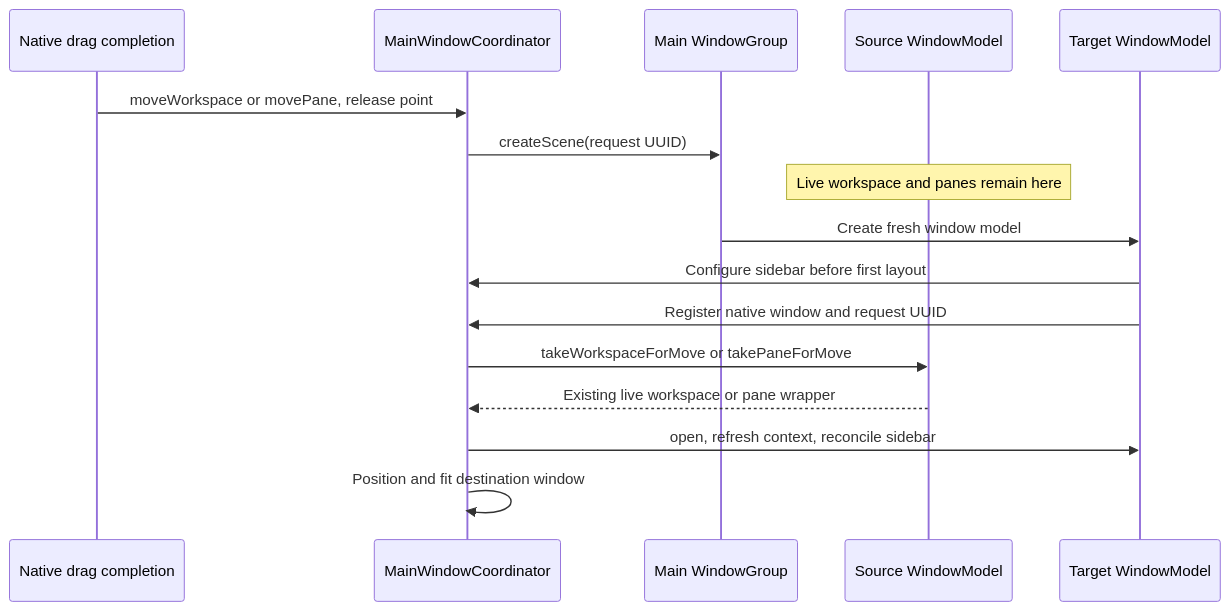
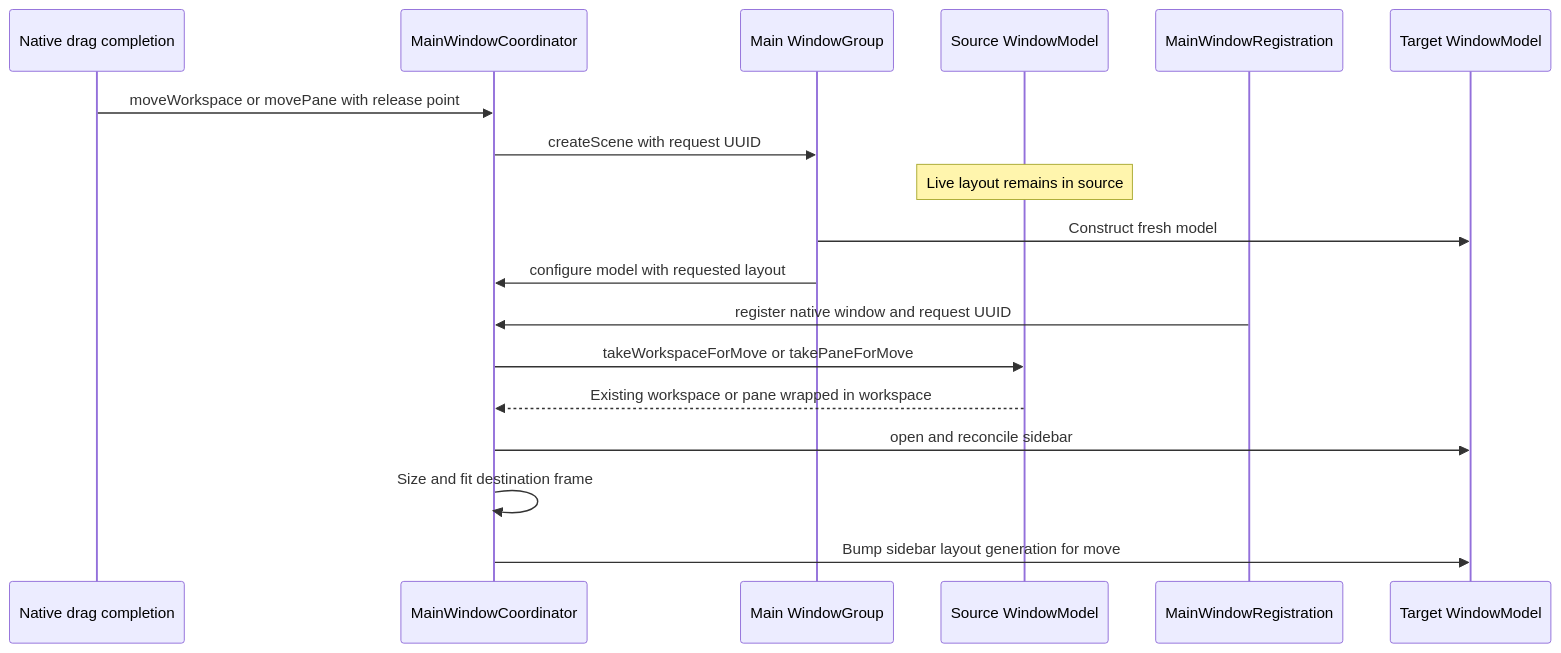
One commit to AkinoKaede/Termind changed the diagram in openwiki/workflows/desktop-drag-and-drop.md. Above: the diagram before and after it, drawn with Mermaid. The commit also changed other lines of this file and 51 other files, not shown here.

````diff
--- a/openwiki/workflows/desktop-drag-and-drop.md
+++ b/openwiki/workflows/desktop-drag-and-drop.md
@@ -179,18 +179,20 @@
 ```mermaid
 sequenceDiagram
     participant Drag as Native drag completion
     participant Coordinator as MainWindowCoordinator
     participant Scene as Main WindowGroup
     participant Source as Source WindowModel
+    participant Bridge as MainWindowRegistration
     participant Target as Target WindowModel
-    Drag->>Coordinator: moveWorkspace or movePane, release point
-    Coordinator->>Scene: createScene(request UUID)
-    Note over Source: Live workspace and panes remain here
-    Scene->>Target: Create fresh window model
-    Target->>Coordinator: Configure sidebar before first layout
-    Target->>Coordinator: Register native window and request UUID
+    Drag->>Coordinator: moveWorkspace or movePane with release point
+    Coordinator->>Scene: createScene with request UUID
+    Note over Source: Live layout remains in source
+    Scene->>Target: Construct fresh model
+    Scene->>Coordinator: configure model with requested layout
+    Bridge->>Coordinator: register native window and request UUID
     Coordinator->>Source: takeWorkspaceForMove or takePaneForMove
-    Source-->>Coordinator: Existing live workspace or pane wrapper
-    Coordinator->>Target: open, refresh context, reconcile sidebar
-    Coordinator->>Coordinator: Position and fit destination window
+    Source-->>Coordinator: Existing workspace or pane wrapped in workspace
+    Coordinator->>Target: open and reconcile sidebar
+    Coordinator->>Coordinator: Size and fit destination frame
+    Coordinator->>Target: Bump sidebar layout generation for move
 ```
````
